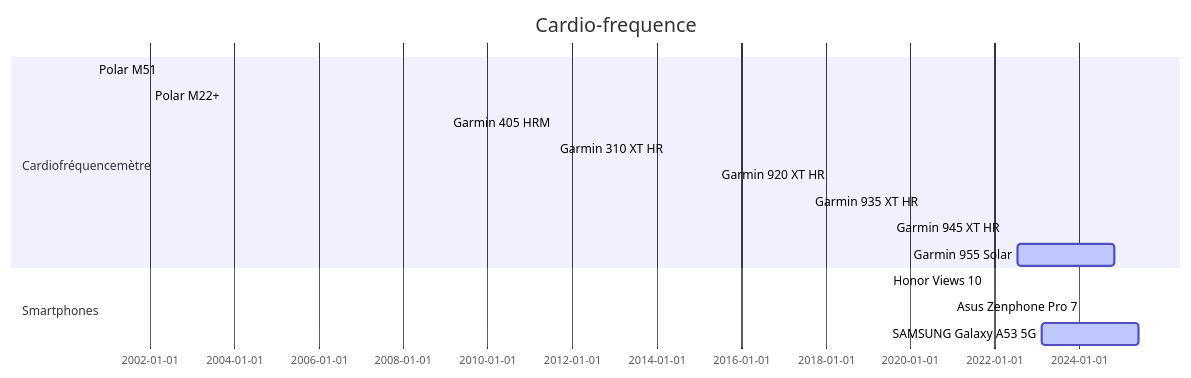
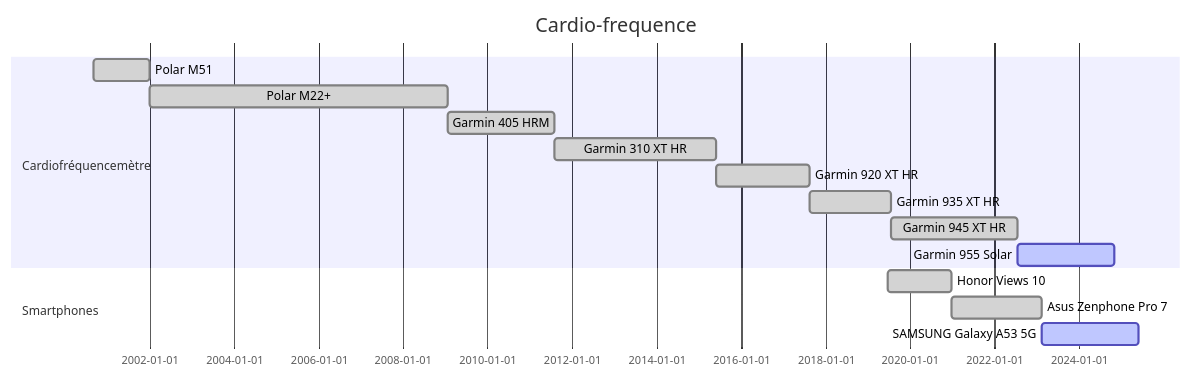
The diagram in README.md (farias06/resume), drawn with Mermaid before and after one commit.

Commit message:
update 01

````diff
--- a/README.md
+++ b/README.md
@@ -969,21 +969,21 @@
 ```mermaid
 gantt
     dateFormat  YYYY-MM-DD
     title       Cardio-frequence 
     excludes    weekends
 
     section Cardiofréquencemètre
-    Polar M51  :done,    des8, 2000-09-03,des7
-    Polar M22+  :done,    des7, 2001-12-30,des6
-    Garmin 405 HRM            :done,    des6, 2009-01-17,des5
-    Garmin 310 XT HR            :done,    des5, 2011-08-03,des4
-    Garmin 920 XT HR            :done,    des4, 2015-05-29,des3
-    Garmin 935 XT HR            :done,    des3, 2017-08-18,des2
-    Garmin 945 XT HR            :done,    des2, 2019-07-23,des1
+    Polar M51  :done,    des8, 2000-09-03,2001-12-30
+    Polar M22+  :done,    des7, 2001-12-30,2009-01-17
+    Garmin 405 HRM            :done,    des6, 2009-01-17, 2011-08-03
+    Garmin 310 XT HR            :done,    des5, 2011-08-03, 2015-05-29
+    Garmin 920 XT HR            :done,    des4, 2015-05-29, 2017-08-18
+    Garmin 935 XT HR            :done,    des3, 2017-08-18, 2019-07-23
+    Garmin 945 XT HR            :done,    des2, 2019-07-23, 2022-07-15
     Garmin 955 Solar               :active,  des1, 2022-07-15, 600d
 
     section Smartphones
-    Honor Views 10: done, asc3, 2019-06-19, asc2
-    Asus Zenphone Pro 7 :done, asc2, 2020-12-20, asc1
+    Honor Views 10: done, asc3, 2019-06-19, 2020-12-20
+    Asus Zenphone Pro 7 :done, asc2, 2020-12-20, 2023-02-08
     SAMSUNG Galaxy A53 5G : active,  asc1, 2023-02-08, 600d
 ```
````
